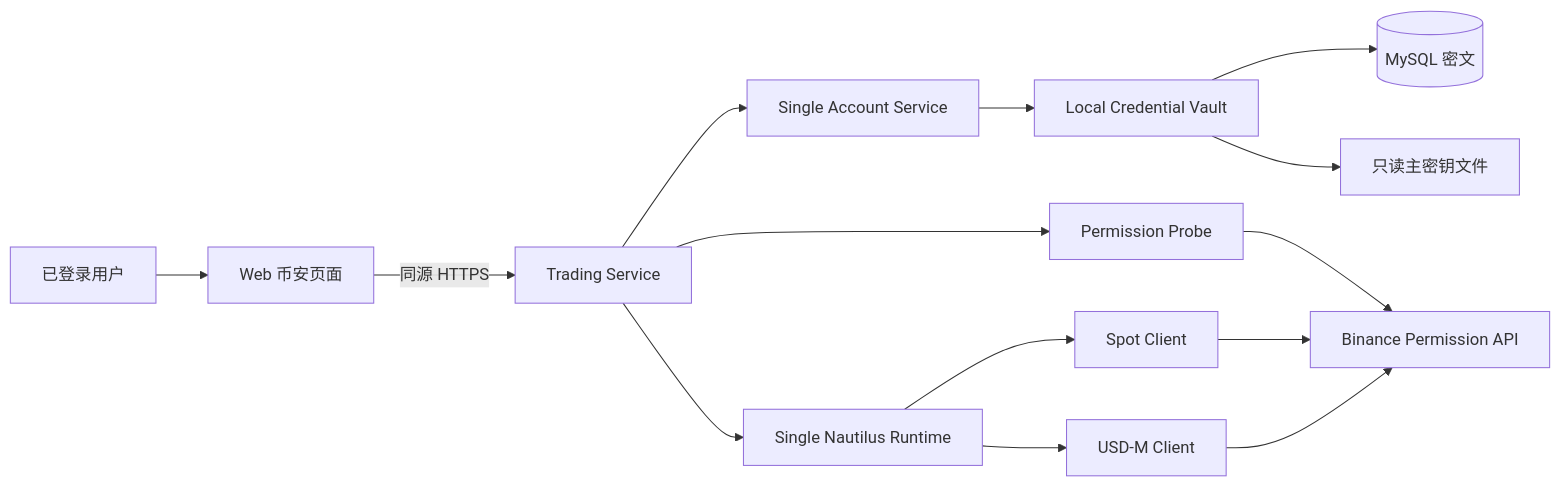
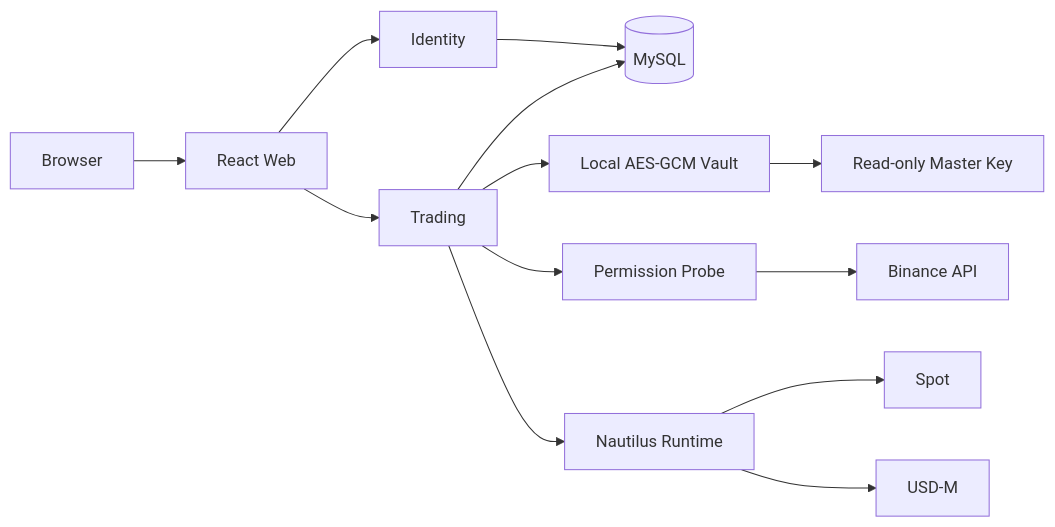
The diagram in docs/plans/2026-09-21-binance-single-account-phased-design.md (jelven007/AutomotiveTrading), drawn with Mermaid before and after one commit. The commit also changed other lines of this file and 396 other files, not shown here.

First line of the commit message:
refactor: reduce system to single binance account stack

````diff
--- a/docs/plans/2026-09-21-binance-single-account-phased-design.md
+++ b/docs/plans/2026-09-21-binance-single-account-phased-design.md
@@ -79,16 +22,15 @@
 ```mermaid
 flowchart LR
-    U[已登录用户] --> W[Web 币安页面]
-    W -->|同源 HTTPS| T[Trading Service]
-    T --> A[Single Account Service]
-    A --> V[Local Credential Vault]
-    V --> D[(MySQL 密文)]
-    V --> K[只读主密钥文件]
+    U[Browser] --> W[React Web]
+    W --> I[Identity]
+    W --> T[Trading]
+    I --> D[(MySQL)]
+    T --> D
+    T --> V[Local AES-GCM Vault]
+    V --> K[Read-only Master Key]
     T --> P[Permission Probe]
-    T --> R[Single Nautilus Runtime]
-    P --> B[Binance Permission API]
-    R --> S[Spot Client]
-    R --> F[USD-M Client]
-    S --> B
-    F --> B
+    T --> N[Nautilus Runtime]
+    P --> B[Binance API]
+    N --> S[Spot]
+    N --> F[USD-M]
 ```
````
